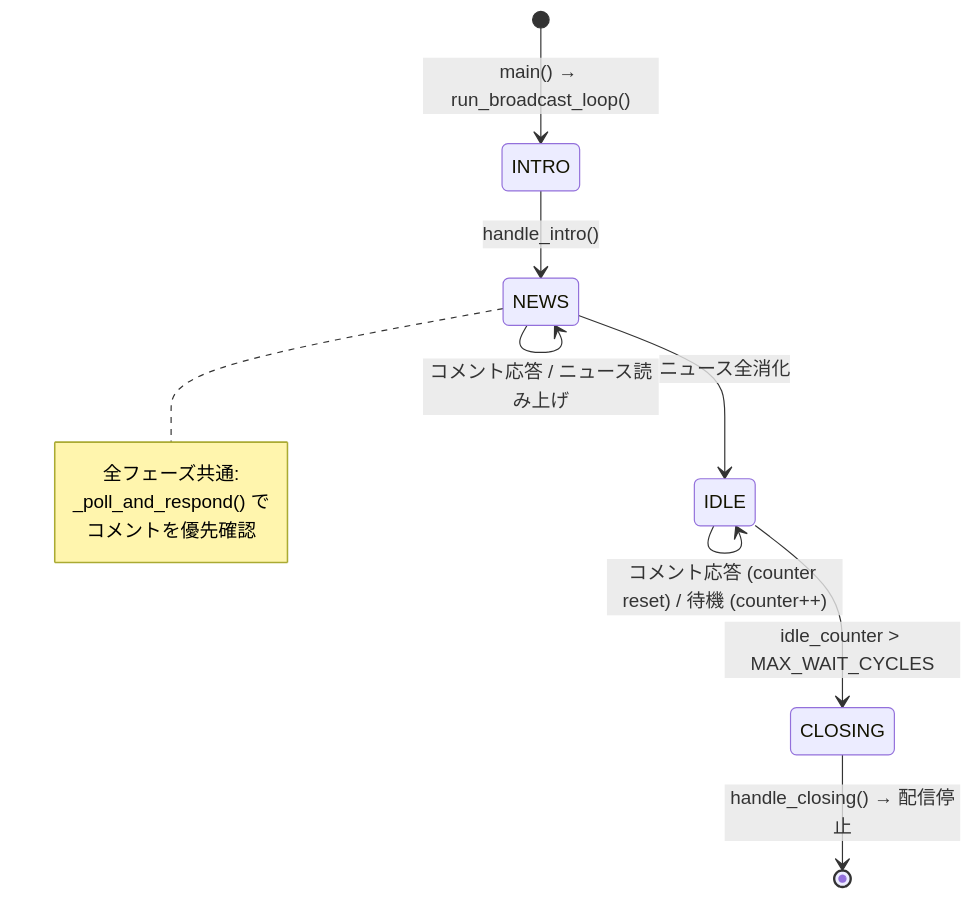
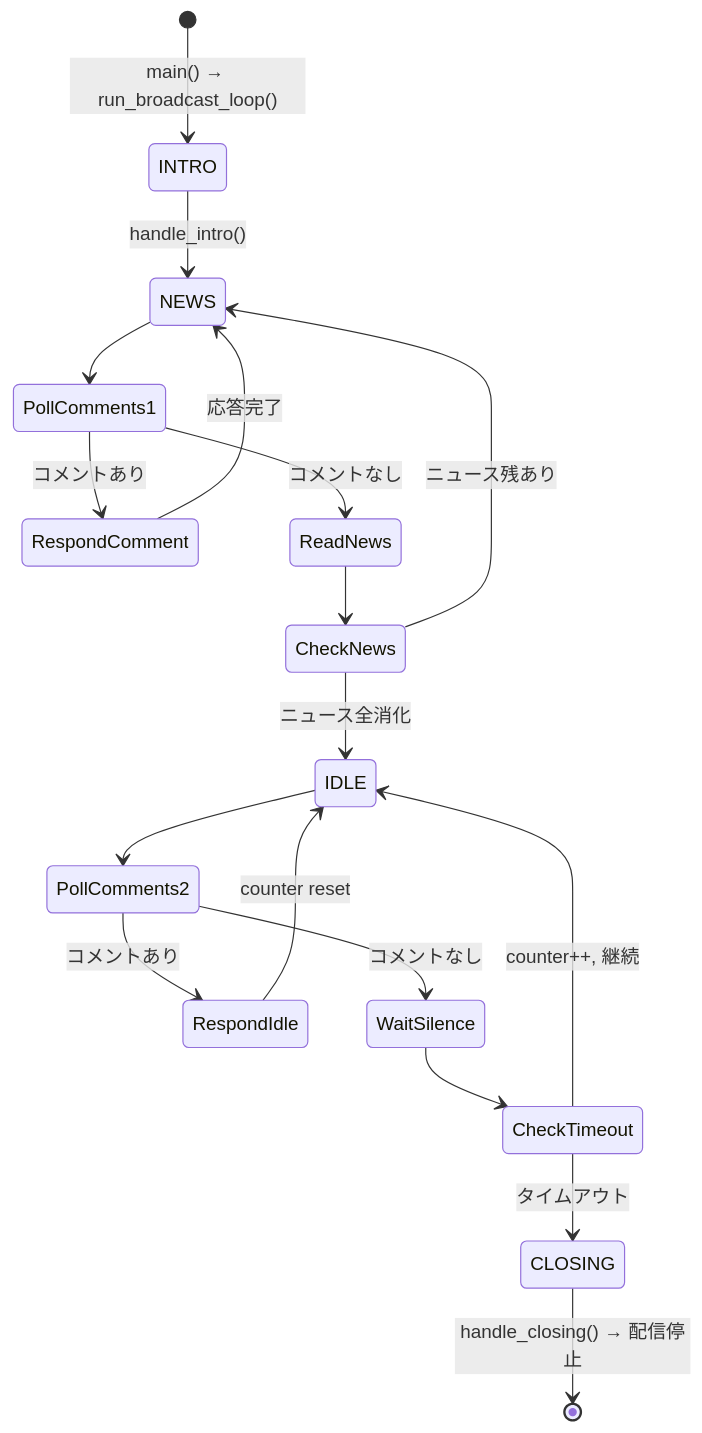
The diagram in docs/architecture/data-flow.md (koduki/ai-tuber), drawn with Mermaid before and after one commit.

Commit message:
refactor: change to state machine

````diff
--- a/docs/architecture/data-flow.md
+++ b/docs/architecture/data-flow.md
@@ -7,17 +7,29 @@
 ```mermaid
 stateDiagram-v2
     [*] --> INTRO: main() → run_broadcast_loop()
+    INTRO --> NEWS: handle_intro()
 
-    INTRO --> NEWS: handle_intro()
-    NEWS --> NEWS: コメント応答 / ニュース読み上げ
-    NEWS --> IDLE: ニュース全消化
-    IDLE --> IDLE: コメント応答 (counter reset) / 待機 (counter++)
-    IDLE --> CLOSING: idle_counter > MAX_WAIT_CYCLES
+    NEWS --> PollComments1
+    state PollComments1 <<choice>>
+    PollComments1 --> RespondComment: コメントあり
+    PollComments1 --> ReadNews: コメントなし
+    RespondComment --> NEWS: 応答完了
+    ReadNews --> CheckNews
+    
+    state CheckNews <<choice>>
+    CheckNews --> NEWS: ニュース残あり
+    CheckNews --> IDLE: ニュース全消化
+
+    IDLE --> PollComments2
+    state PollComments2 <<choice>>
+    PollComments2 --> RespondIdle: コメントあり
+    PollComments2 --> WaitSilence: コメントなし
+    RespondIdle --> IDLE: counter reset
+    WaitSilence --> CheckTimeout
+    
+    state CheckTimeout <<choice>>
+    CheckTimeout --> IDLE: counter++, 継続
+    CheckTimeout --> CLOSING: タイムアウト
+
     CLOSING --> [*]: handle_closing() → 配信停止
-
-    note right of NEWS
-        全フェーズ共通:
-        _poll_and_respond() で
-        コメントを優先確認
-    end note
 ```
````
